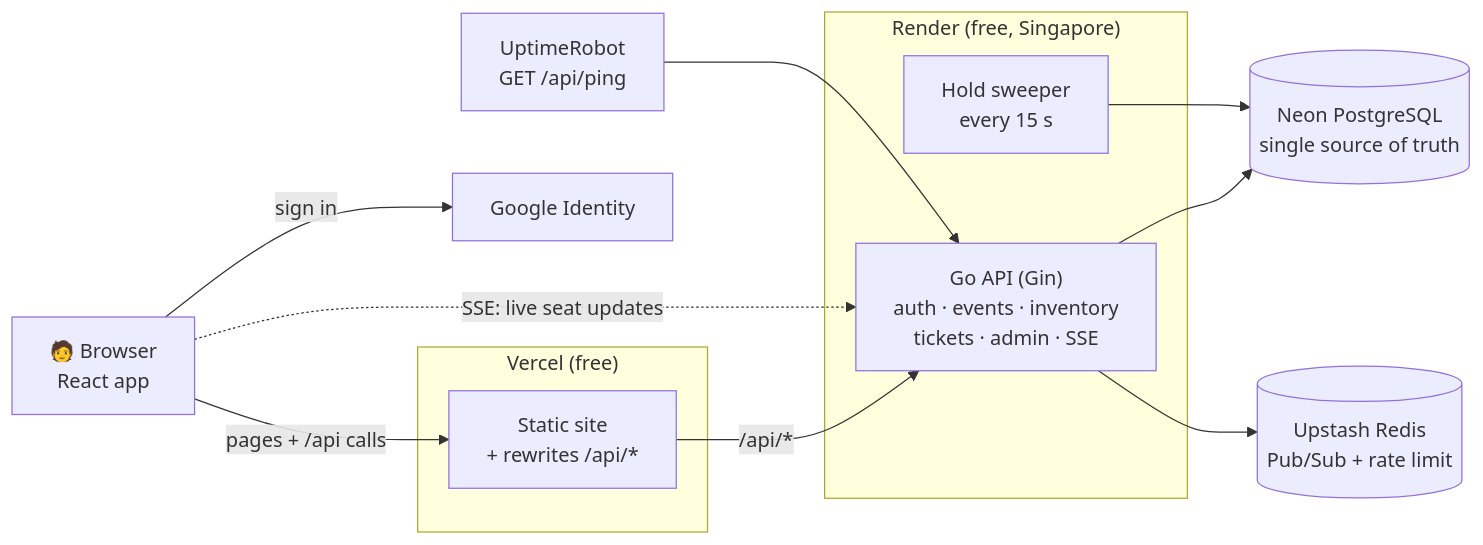
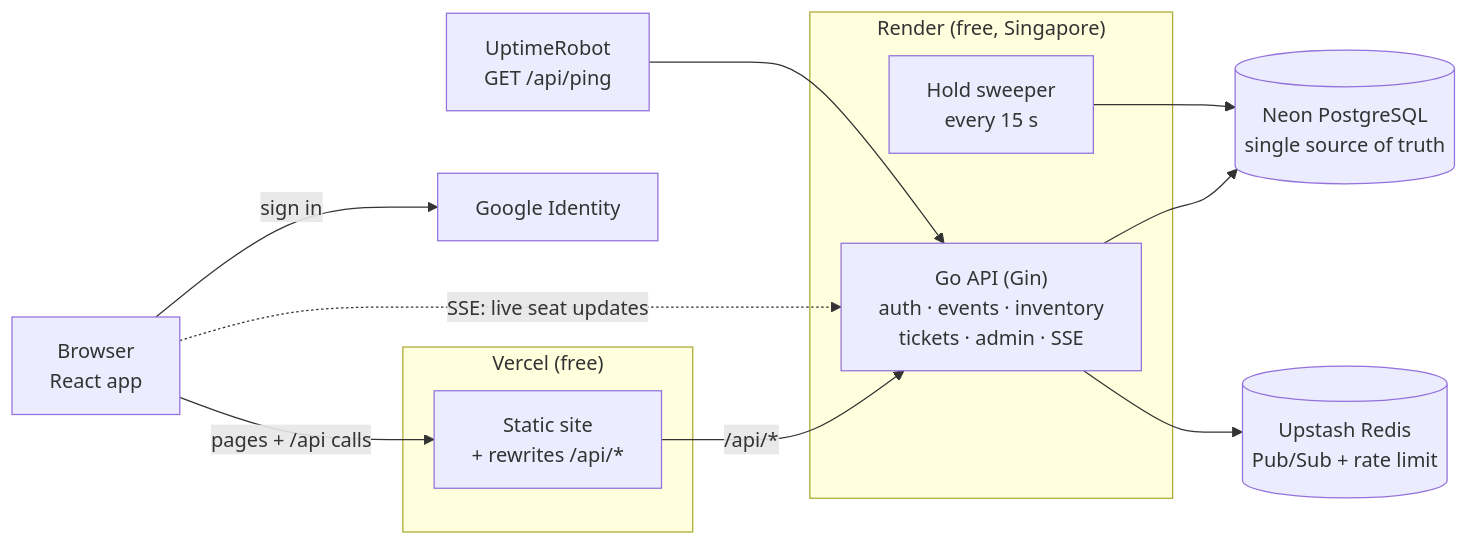
The first of 4 diagrams in README.md (Badri-2915/eventhub), drawn with Mermaid before and after one commit. The commit also changed other lines of this file, not shown here.

````diff
--- a/README.md
+++ b/README.md
@@ -146,24 +146,24 @@
 ```mermaid
 flowchart LR
-    U["🧑 Browser<br/>React app"]
+    U[" Browser<br/>React app"]
     subgraph Vercel["Vercel (free)"]
       FE["Static site<br/>+ rewrites /api/*"]
     end
     subgraph Render["Render (free, Singapore)"]
       API["Go API (Gin)<br/>auth · events · inventory<br/>tickets · admin · SSE"]
       SW["Hold sweeper<br/>every 15 s"]
     end
     PG[("Neon PostgreSQL<br/>single source of truth")]
     RD[("Upstash Redis<br/>Pub/Sub + rate limit")]
     G["Google Identity"]
     UR["UptimeRobot<br/>GET /api/ping"]
 
     U -- "pages + /api calls" --> FE
     FE -- "/api/*" --> API
     U -. "SSE: live seat updates" .-> API
     U -- "sign in" --> G
     API --> PG
     API --> RD
     SW --> PG
     UR --> API
 ```
````
